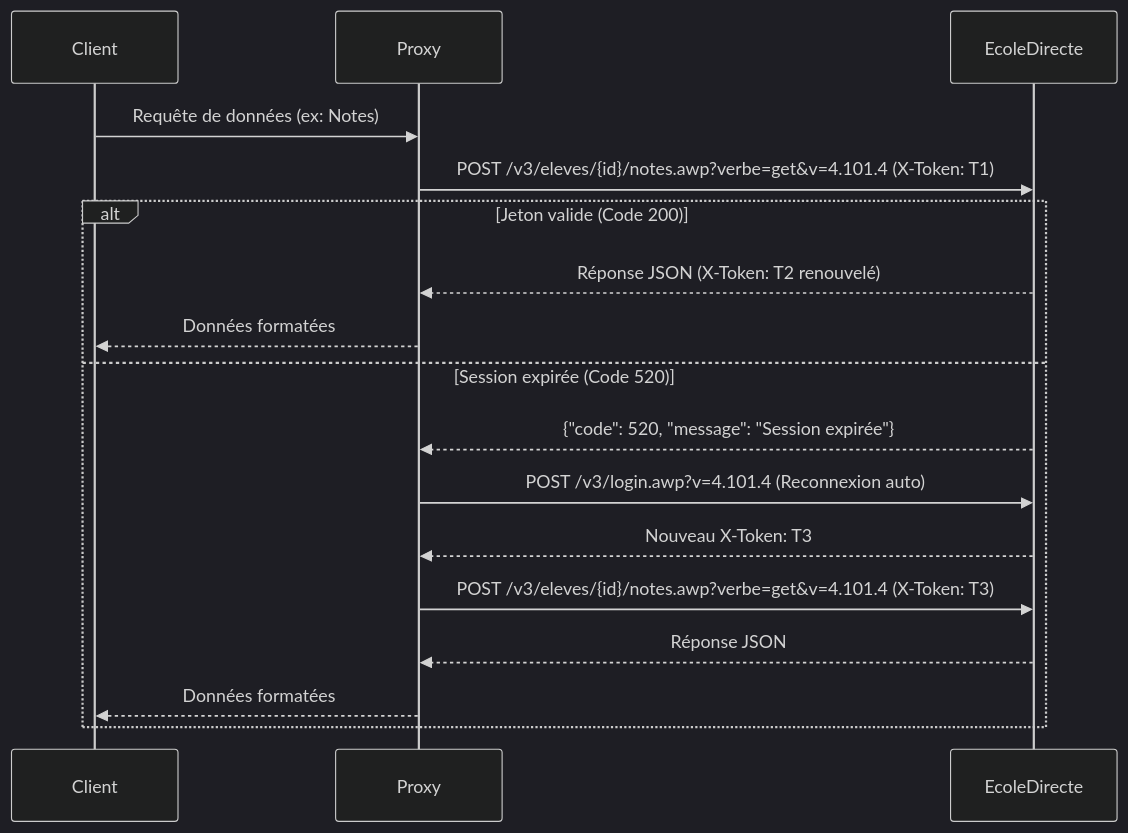
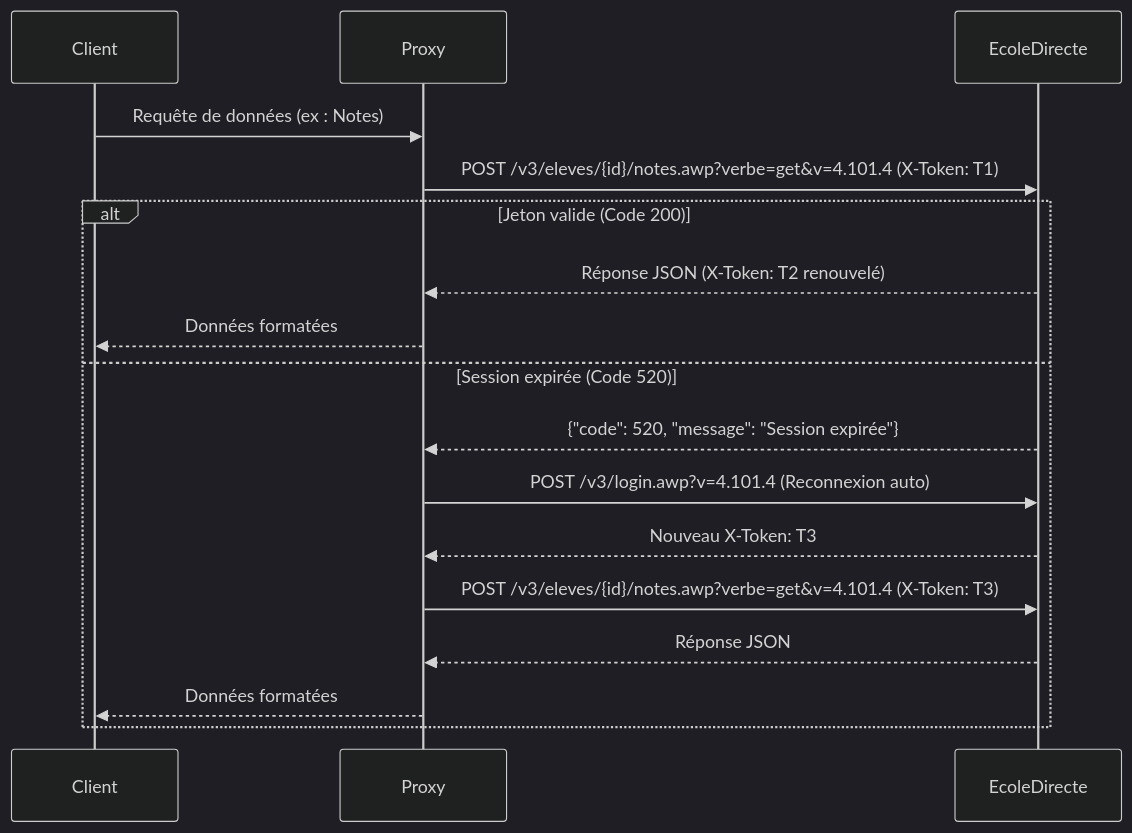
One commit to RenanYhuel/ecoledirecte-board changed the diagram in docs/01-architecture-et-authentification.md. Above: the diagram before and after it, drawn with Mermaid (dark theme). The commit also changed other lines of this file and 8 other files, not shown here.

````diff
--- a/docs/01-architecture-et-authentification.md
+++ b/docs/01-architecture-et-authentification.md
@@ -138,20 +138,20 @@
 ```mermaid
 sequenceDiagram
     participant Client
     participant Proxy
     participant EcoleDirecte
 
-    Client->>Proxy: Requête de données (ex: Notes)
+    Client->>Proxy: Requête de données (ex : Notes)
     Proxy->>EcoleDirecte: POST /v3/eleves/{id}/notes.awp?verbe=get&v=4.101.4 (X-Token: T1)
     alt Jeton valide (Code 200)
         EcoleDirecte-->>Proxy: Réponse JSON (X-Token: T2 renouvelé)
         Proxy-->>Client: Données formatées
     else Session expirée (Code 520)
         EcoleDirecte-->>Proxy: {"code": 520, "message": "Session expirée"}
         Proxy->>EcoleDirecte: POST /v3/login.awp?v=4.101.4 (Reconnexion auto)
         EcoleDirecte-->>Proxy: Nouveau X-Token: T3
         Proxy->>EcoleDirecte: POST /v3/eleves/{id}/notes.awp?verbe=get&v=4.101.4 (X-Token: T3)
         EcoleDirecte-->>Proxy: Réponse JSON
         Proxy-->>Client: Données formatées
     end
 ```
````
